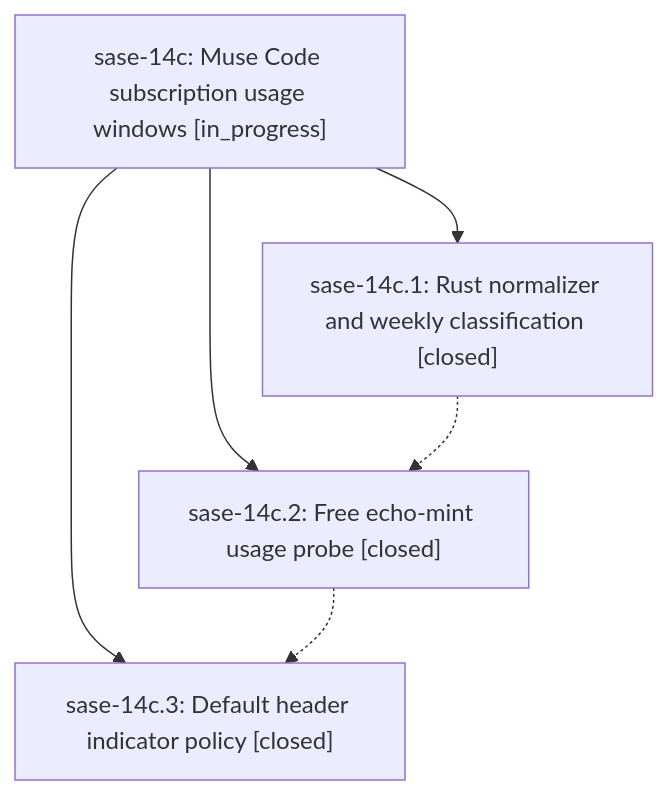
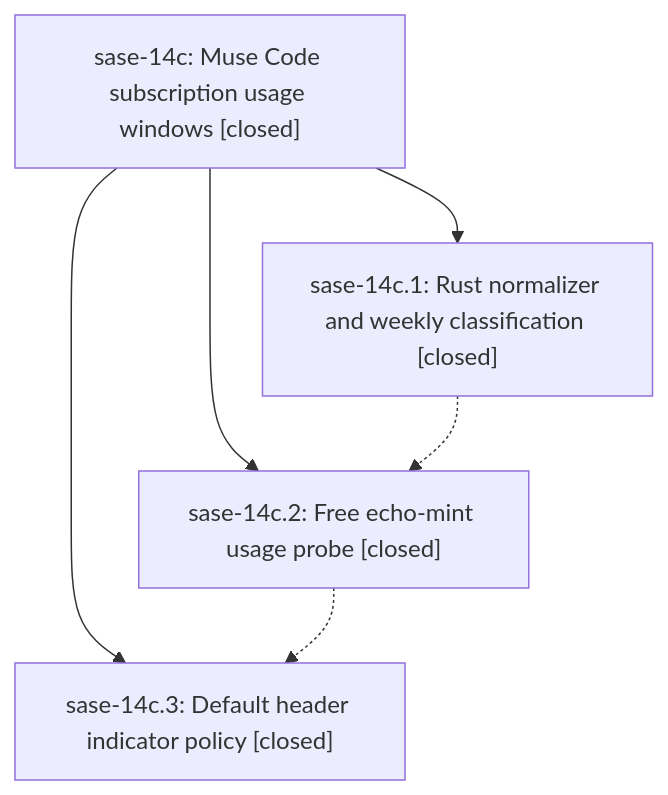
One commit to sase-org/sase--beads changed the diagram in pages/sase-14c/README.md. Above: the diagram before and after it, drawn with Mermaid. The commit also changed other lines of this file, not shown here.

First line of the commit message:
chore(beads): sync bead state and pages for sase-14c

````diff
--- a/pages/sase-14c/README.md
+++ b/pages/sase-14c/README.md
@@ -36,12 +67,12 @@
 ```mermaid
 flowchart TD
-    n0["sase-14c: Muse Code subscription usage windows [in_progress]"]
+    n0["sase-14c: Muse Code subscription usage windows [closed]"]
     n1["sase-14c.1: Rust normalizer and weekly classification [closed]"]
     n2["sase-14c.2: Free echo-mint usage probe [closed]"]
     n3["sase-14c.3: Default header indicator policy [closed]"]
     n0 --> n1
     n0 --> n2
     n0 --> n3
     n1 -.-> n2
     n2 -.-> n3
 ```
````
